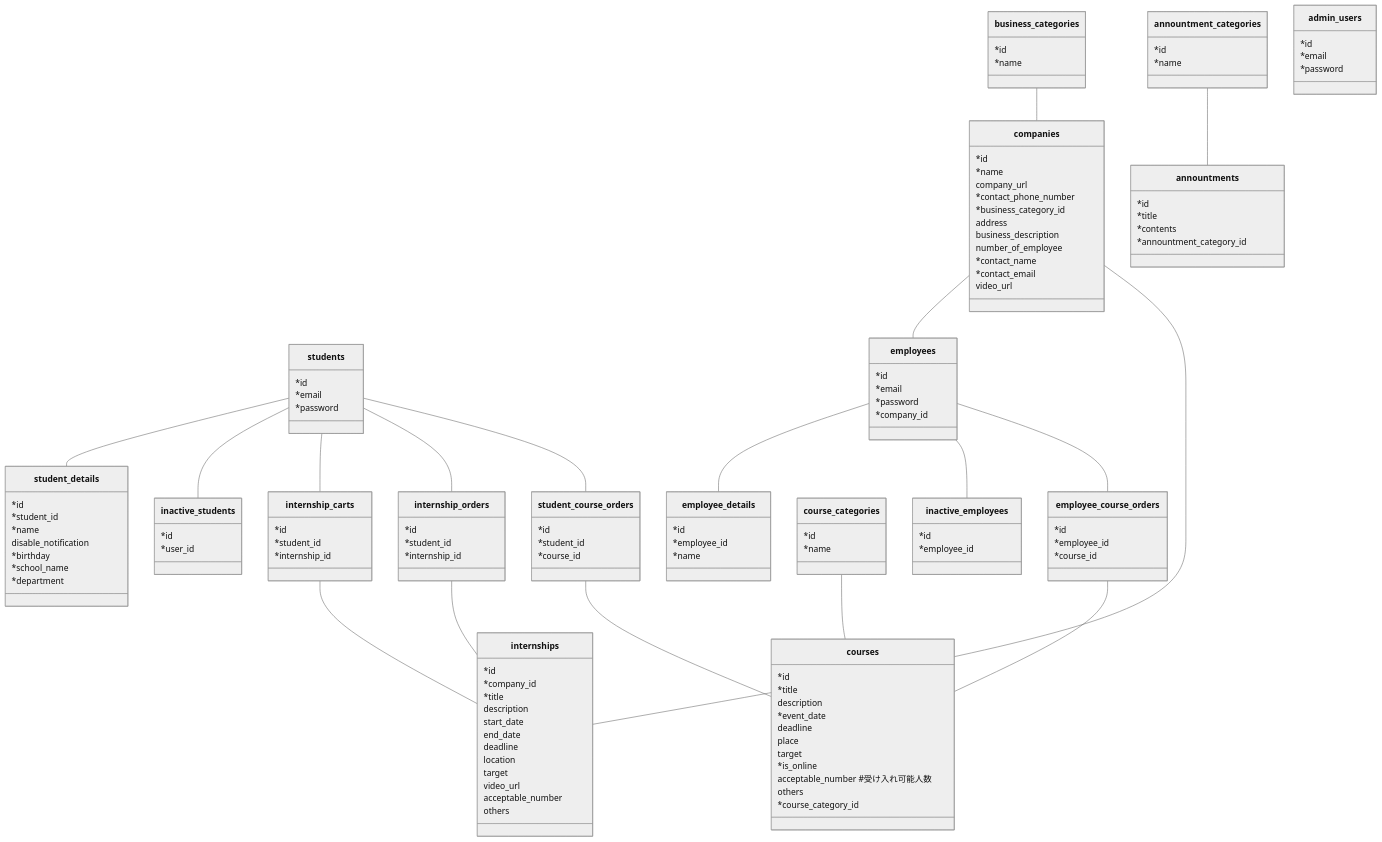
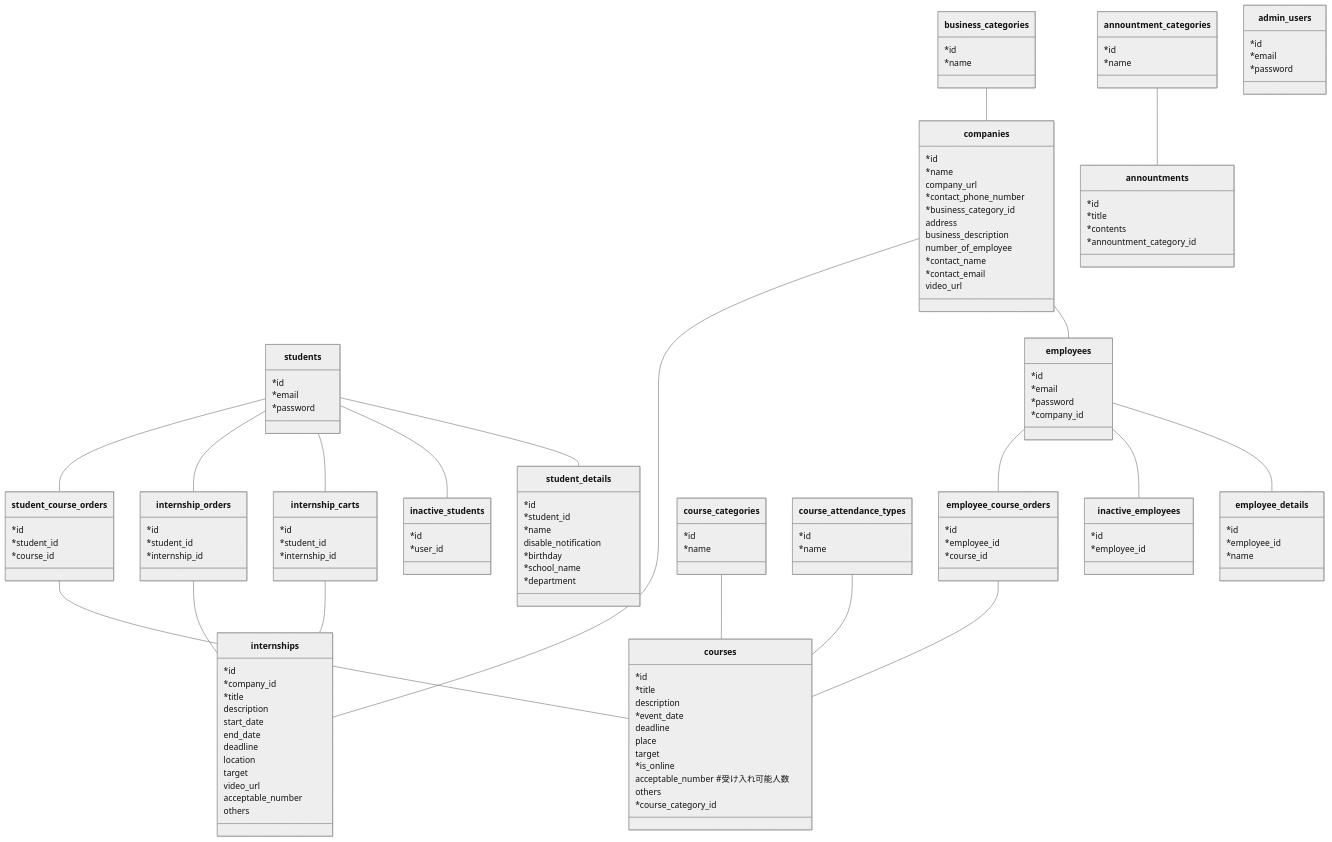
The diagram in docs/schema.md (youichiro/nagaoka-internship-site), drawn with Mermaid before and after one commit.

```diff
--- a/docs/schema.md
+++ b/docs/schema.md
@@ -17,6 +17,7 @@
   internship_orders -- internships
 
   course_categories -- courses
+  course_attendance_types -- courses
   students -- student_course_orders
   student_course_orders -- courses
   employees -- employee_course_orders
@@ -120,6 +121,11 @@
     *name
   }
 
+  class course_attendance_types {
+    *id
+    *name
+  }
+
   class courses {
     *id
     *title
```
